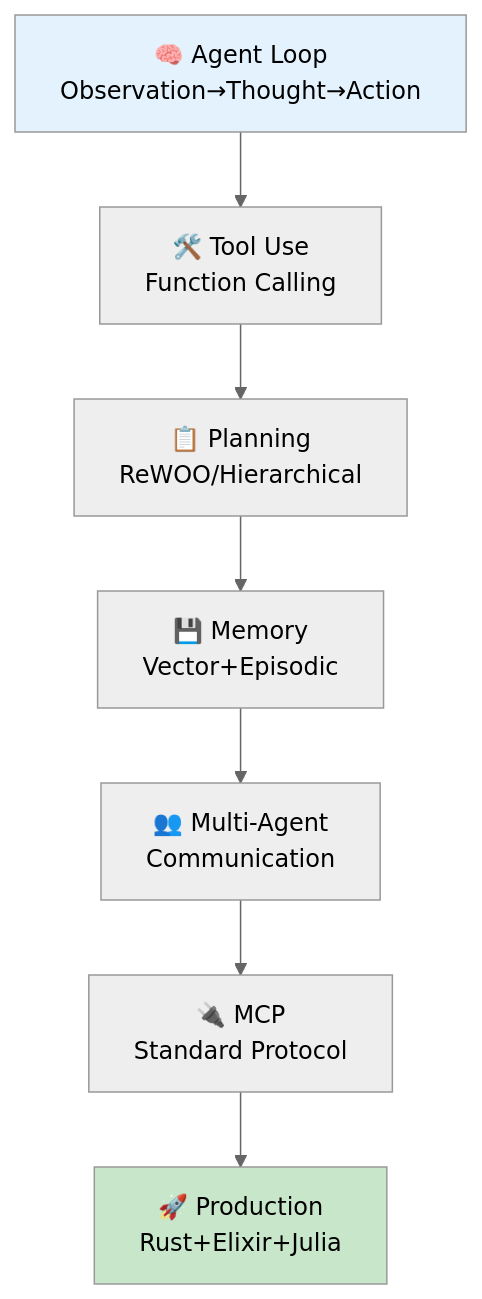
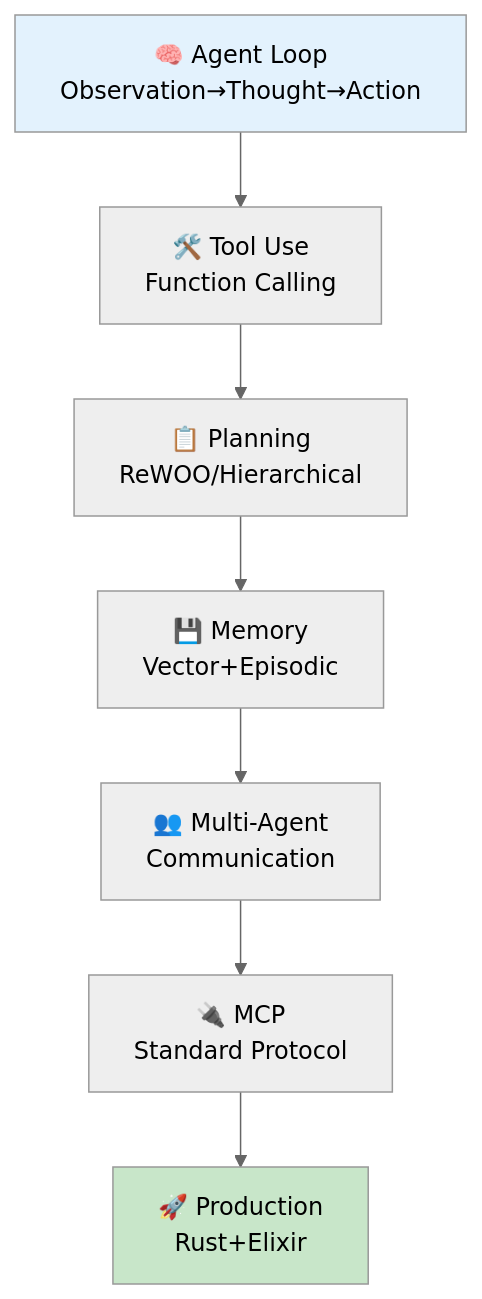
One commit to fumishiki/zenn changed the first of 12 diagrams in articles/ml-lecture-30-part1.md. Above: the diagram before and after it, drawn with Mermaid (neutral theme). The commit also changed other lines of this file and 97 other files, not shown here.

````diff
--- a/articles/ml-lecture-30-part1.md
+++ b/articles/ml-lecture-30-part1.md
@@ -36,11 +36,11 @@
 ```mermaid
 graph TD
     A["🧠 Agent Loop<br/>Observation→Thought→Action"] --> B["🛠️ Tool Use<br/>Function Calling"]
     B --> C["📋 Planning<br/>ReWOO/Hierarchical"]
     C --> D["💾 Memory<br/>Vector+Episodic"]
     D --> E["👥 Multi-Agent<br/>Communication"]
     E --> F["🔌 MCP<br/>Standard Protocol"]
-    F --> G["🚀 Production<br/>Rust+Elixir+Julia"]
+    F --> G["🚀 Production<br/>Rust+Elixir"]
     style A fill:#e3f2fd
     style G fill:#c8e6c9
 ```
````
